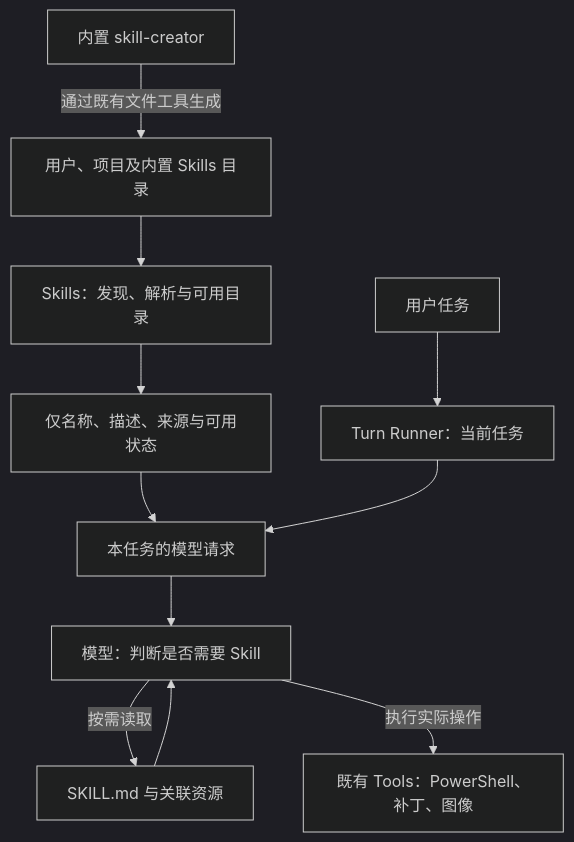
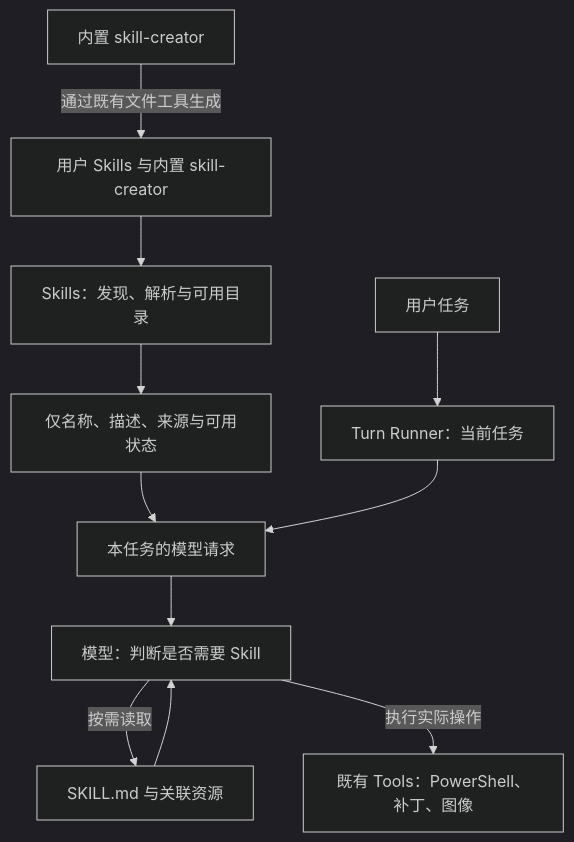
One commit to slc90/Agentelier changed the first of 5 diagrams in docs/design/skills/README.md. Above: the diagram before and after it, drawn with Mermaid (dark theme). The commit also changed other lines of this file and 7 other files, not shown here.

````diff
--- a/docs/design/skills/README.md
+++ b/docs/design/skills/README.md
@@ -7,13 +7,13 @@
 ```mermaid
 flowchart TD
-    Files["用户、项目及内置 Skills 目录"] --> Discover["Skills：发现、解析与可用目录"]
+    Files["用户 Skills 与内置 skill-creator"] --> Discover["Skills：发现、解析与可用目录"]
     Discover --> Catalog["仅名称、描述、来源与可用状态"]
     Catalog --> Request["本任务的模型请求"]
     User["用户任务"] --> Runner["Turn Runner：当前任务"]
     Runner --> Request
     Request --> Model["模型：判断是否需要 Skill"]
     Model -->|按需读取| Body["SKILL.md 与关联资源"]
     Body --> Model
     Model -->|执行实际操作| Tools["既有 Tools：PowerShell、补丁、图像"]
     Creator["内置 skill-creator"] -->|通过既有文件工具生成| Files
 ```
````
